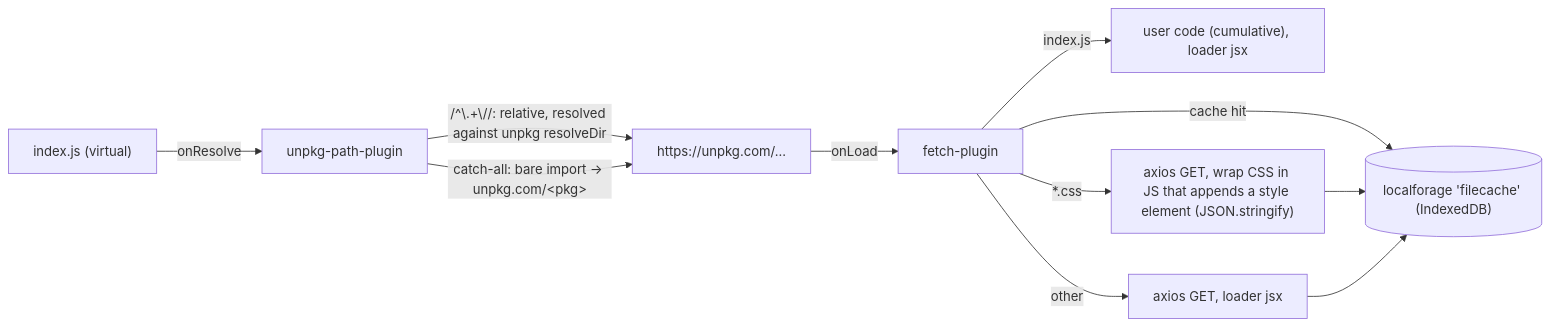
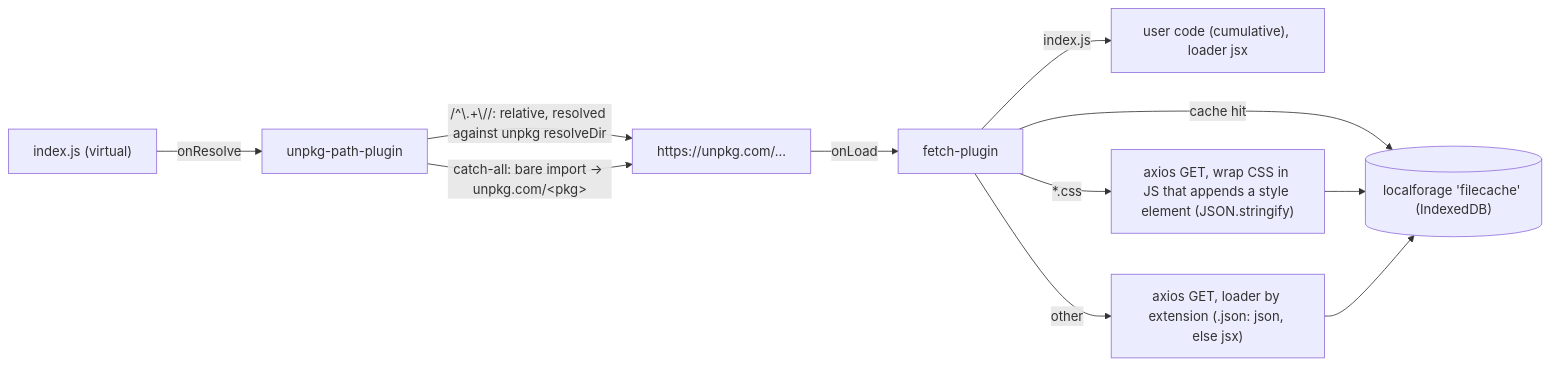
Before and after one commit to AnthonyFlowers/js-browser: the third of 3 diagrams in docs/architecture.md, drawn with Mermaid. The commit also changed other lines of this file and 4 other files, not shown here.

````diff
--- a/docs/architecture.md
+++ b/docs/architecture.md
@@ -103,13 +100,13 @@
 ```mermaid
 graph LR
   Entry["index.js (virtual)"] -->|onResolve| R1["unpkg-path-plugin"]
   R1 -->|"/^\.+\//: relative, resolved against unpkg resolveDir"| U["https://unpkg.com/..."]
   R1 -->|"catch-all: bare import -> unpkg.com/&lt;pkg&gt;"| U
   U -->|onLoad| F["fetch-plugin"]
   F -->|index.js| Raw["user code (cumulative), loader jsx"]
   F -->|cache hit| LF[("localforage 'filecache' (IndexedDB)")]
   F -->|*.css| CSS["axios GET, wrap CSS in JS that appends a style element (JSON.stringify)"]
-  F -->|other| JS["axios GET, loader jsx"]
+  F -->|other| JS["axios GET, loader by extension (.json: json, else jsx)"]
   CSS --> LF
   JS --> LF
 ```
````
